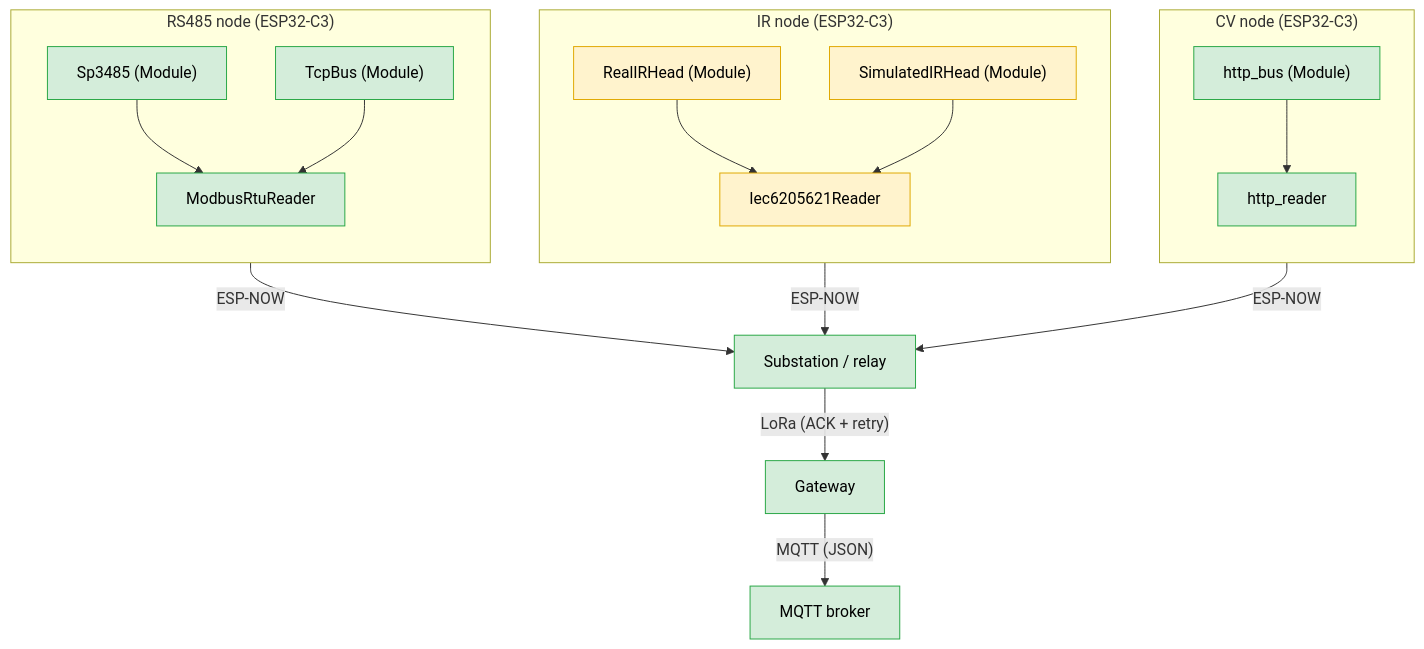
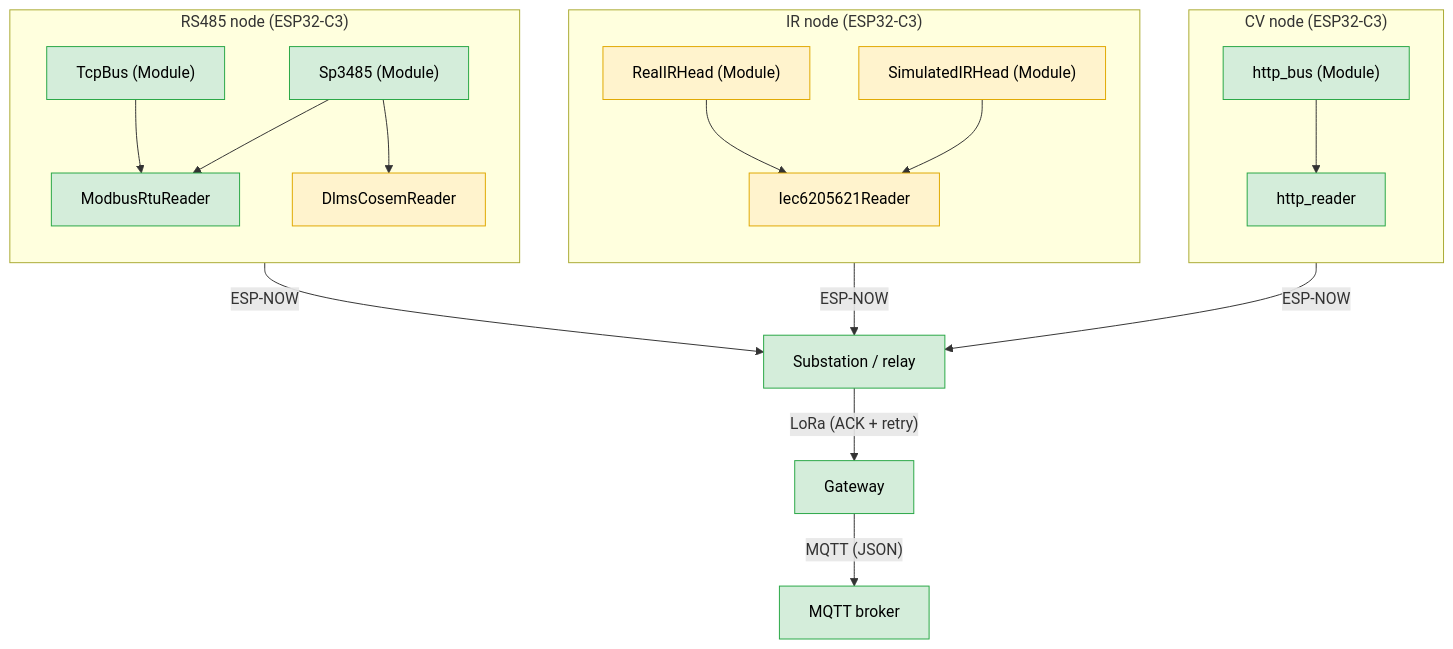
Before and after one commit to foucault-dynamics/IoT-Firmware: the diagram in README.md, drawn with Mermaid. The commit also changed other lines of this file and 12 other files, not shown here.

Commit message:
Finished all of DLMS/COSEM implementation and docum;5Dnetation

````diff
--- a/README.md
+++ b/README.md
@@ -24,31 +24,32 @@
 ```mermaid
 flowchart TD
     subgraph rs485["RS485 node (ESP32-C3)"]
         direction TB
         A["Sp3485 (Module)"] --> R1["ModbusRtuReader"]
         B["TcpBus (Module)"] --> R1
+        A --> R4["DlmsCosemReader"]
     end
 
     subgraph ir["IR node (ESP32-C3)"]
         direction TB
         C["RealIRHead (Module)"] --> R2["Iec6205621Reader"]
         D["SimulatedIRHead (Module)"] --> R2
     end
 
     subgraph cv["CV node (ESP32-C3)"]
         direction TB
         E["http_bus (Module)"] --> R3["http_reader"]
     end
 
     rs485 -->|"ESP-NOW"| S["Substation / relay"]
     ir -->|"ESP-NOW"| S
     cv -->|"ESP-NOW"| S
     S -->|"LoRa (ACK + retry)"| G["Gateway"]
     G -->|"MQTT (JSON)"| M["MQTT broker"]
 
     classDef working fill:#d4edda,stroke:#28a745,color:#000
     classDef untested fill:#fff3cd,stroke:#e0a800,color:#000
 
     class A,B,R1,E,R3,S,G,M working
-    class C,D,R2 untested
+    class C,D,R2,R4 untested
 ```
````
